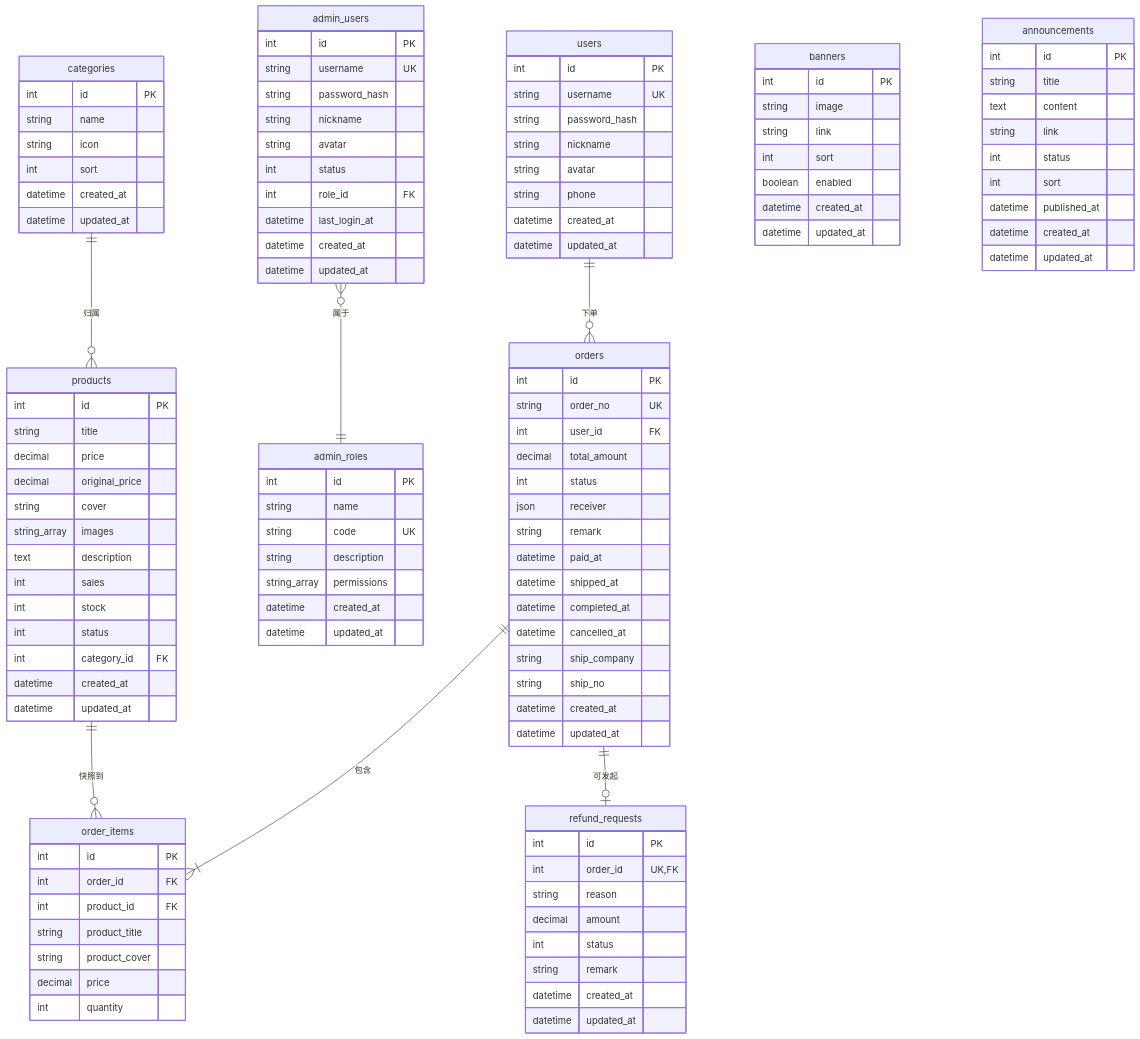
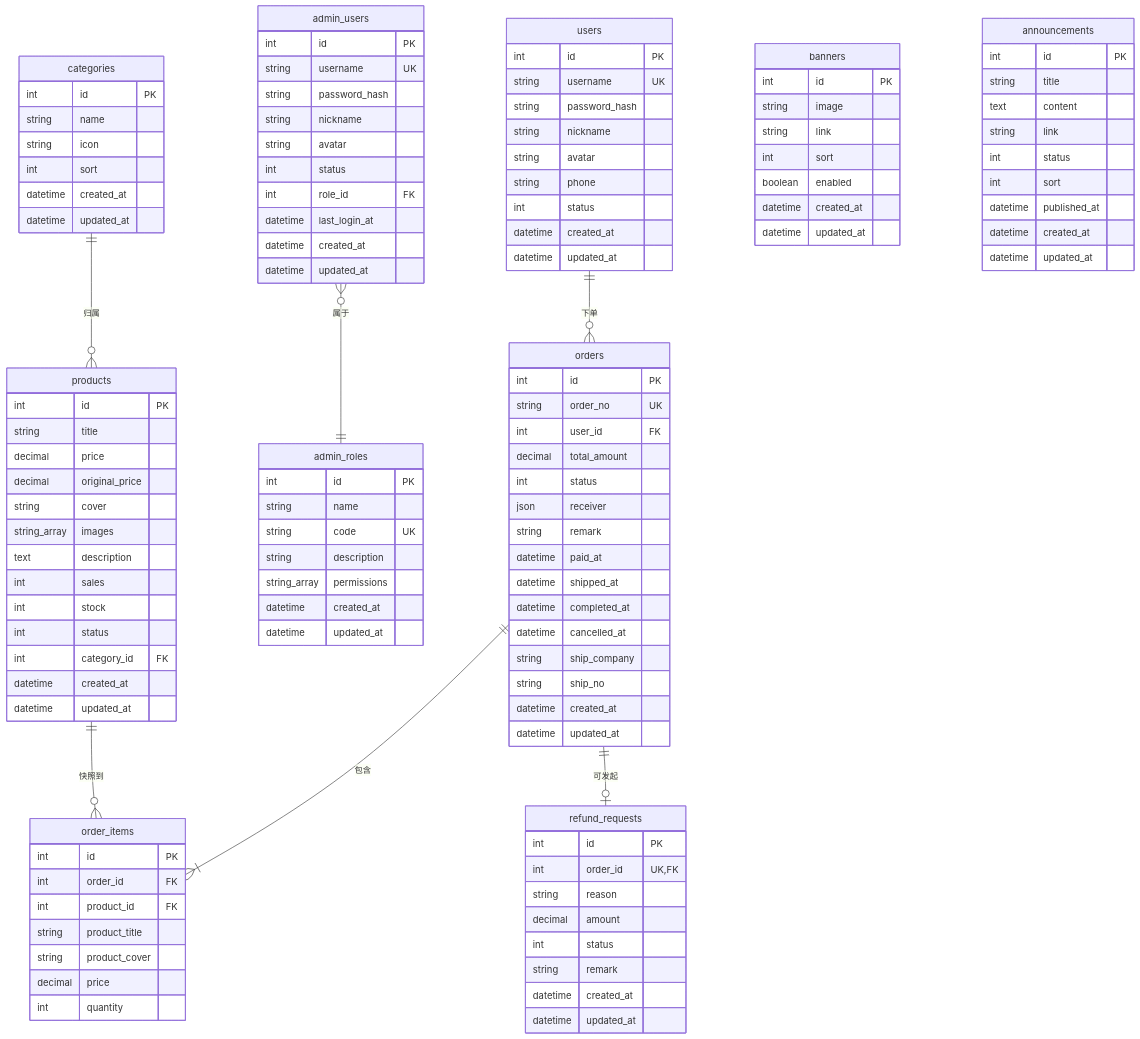
The diagram in docs/10-服务端/03-数据库Schema说明.md (atan135/mymobilepage), drawn with Mermaid before and after one commit. The commit also changed other lines of this file and 2 other files, not shown here.

First line of the commit message:
docs(server): 同步 User.status 字段（Schema + 迁移表 + 用户管理边界）

```diff
--- a/docs/10-服务端/03-数据库Schema说明.md
+++ b/docs/10-服务端/03-数据库Schema说明.md
@@ -45,6 +45,7 @@
         string nickname
         string avatar
         string phone
+        int status
         datetime created_at
         datetime updated_at
     }
```
